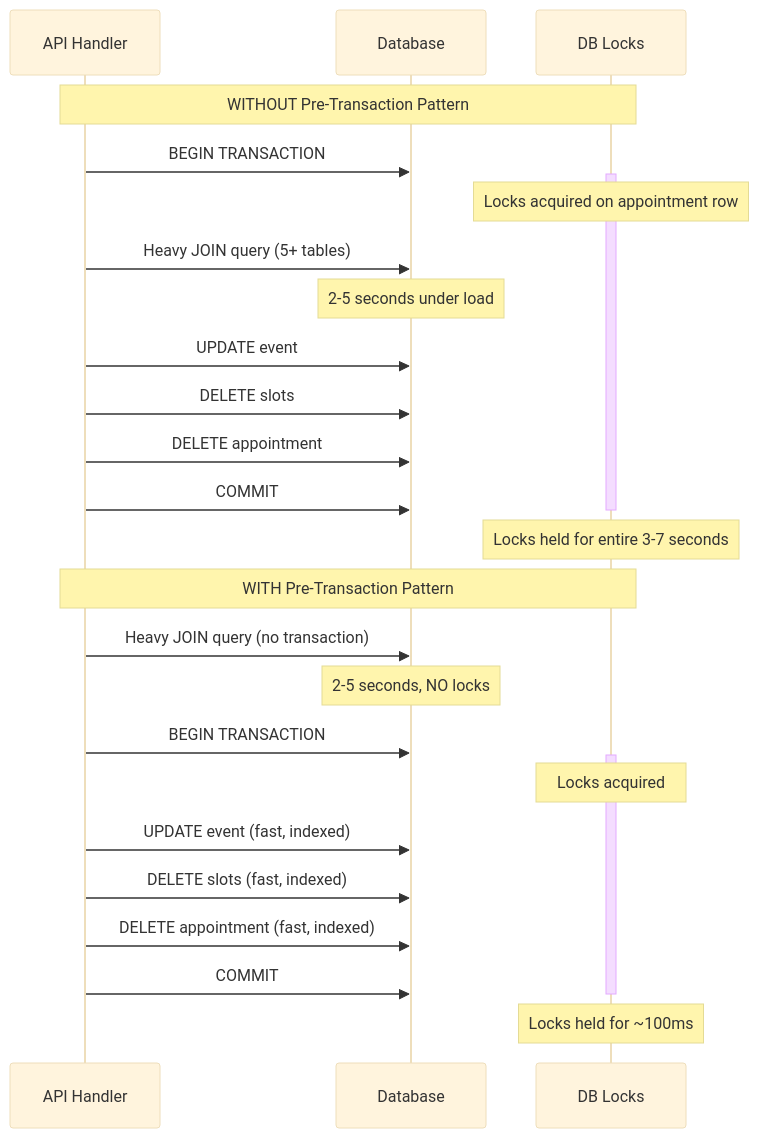
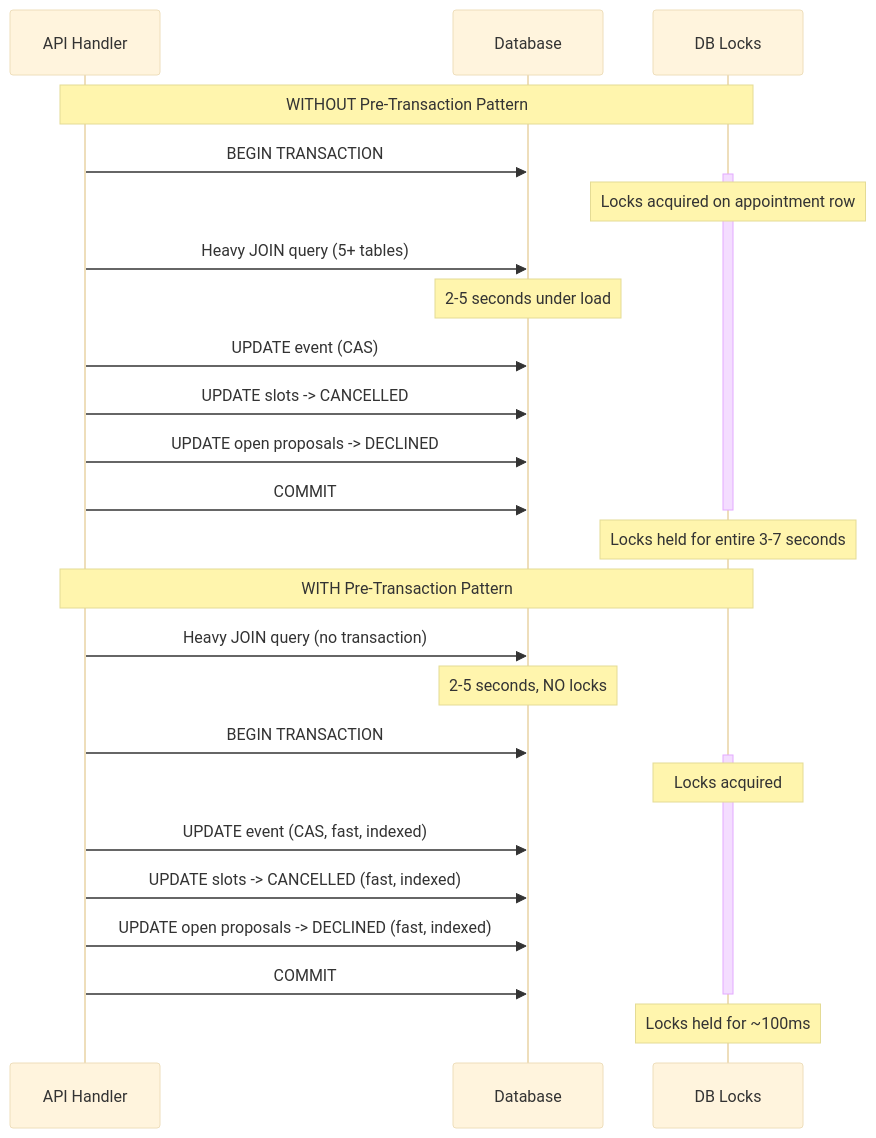
The third of 14 diagrams in docs/booking/08-cancellation-flow.md (Practitionist/familiarise_web), drawn with Mermaid (base theme) before and after one commit. The commit also changed other lines of this file and 8 other files, not shown here.

````diff
--- a/docs/booking/08-cancellation-flow.md
+++ b/docs/booking/08-cancellation-flow.md
@@ -261,32 +303,32 @@
 ```mermaid
 sequenceDiagram
     participant App as API Handler
     participant DB as Database
     participant Lock as DB Locks
 
     Note over App,Lock: WITHOUT Pre-Transaction Pattern
     App->>DB: BEGIN TRANSACTION
     activate Lock
     Note over Lock: Locks acquired on appointment row
     App->>DB: Heavy JOIN query (5+ tables)
     Note over DB: 2-5 seconds under load
-    App->>DB: UPDATE event
-    App->>DB: DELETE slots
-    App->>DB: DELETE appointment
+    App->>DB: UPDATE event (CAS)
+    App->>DB: UPDATE slots -> CANCELLED
+    App->>DB: UPDATE open proposals -> DECLINED
     App->>DB: COMMIT
     deactivate Lock
     Note over Lock: Locks held for entire 3-7 seconds
 
     Note over App,Lock: WITH Pre-Transaction Pattern
     App->>DB: Heavy JOIN query (no transaction)
     Note over DB: 2-5 seconds, NO locks
     App->>DB: BEGIN TRANSACTION
     activate Lock
     Note over Lock: Locks acquired
-    App->>DB: UPDATE event (fast, indexed)
-    App->>DB: DELETE slots (fast, indexed)
-    App->>DB: DELETE appointment (fast, indexed)
+    App->>DB: UPDATE event (CAS, fast, indexed)
+    App->>DB: UPDATE slots -> CANCELLED (fast, indexed)
+    App->>DB: UPDATE open proposals -> DECLINED (fast, indexed)
     App->>DB: COMMIT
     deactivate Lock
     Note over Lock: Locks held for ~100ms
 ```
````
